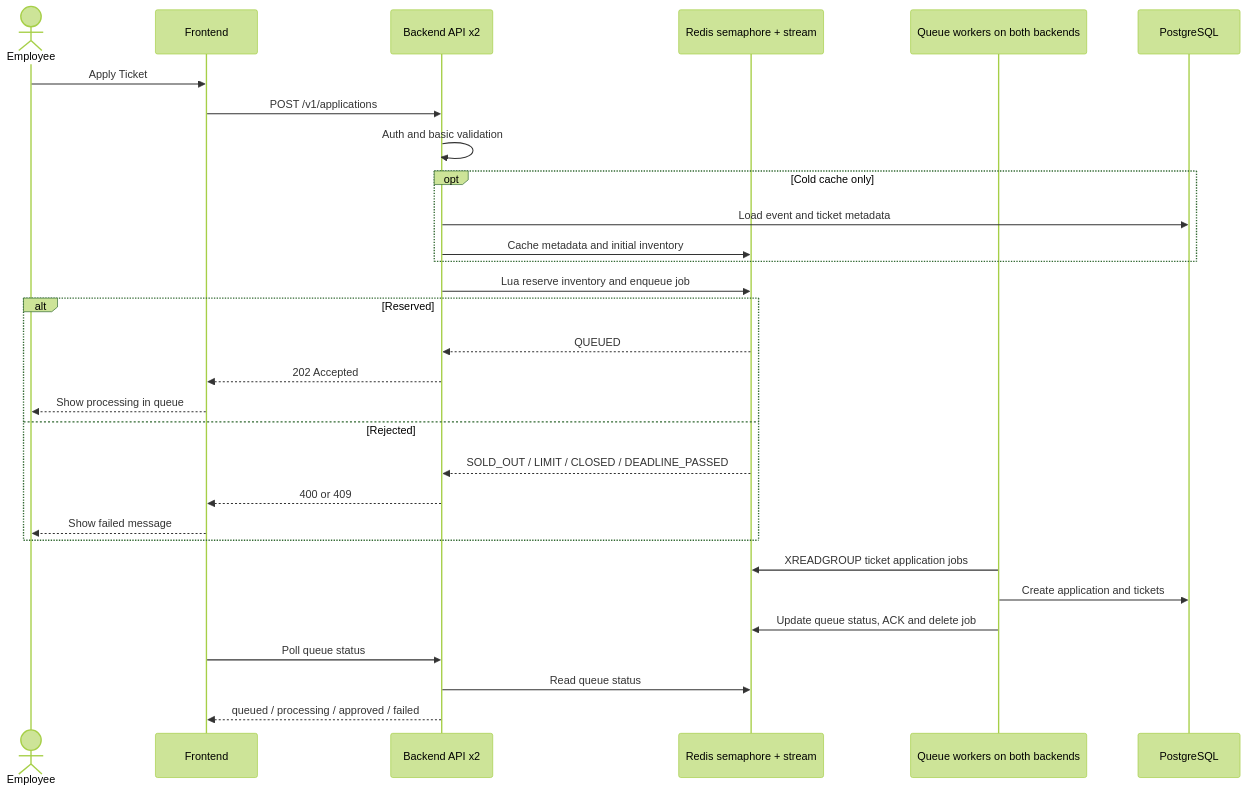
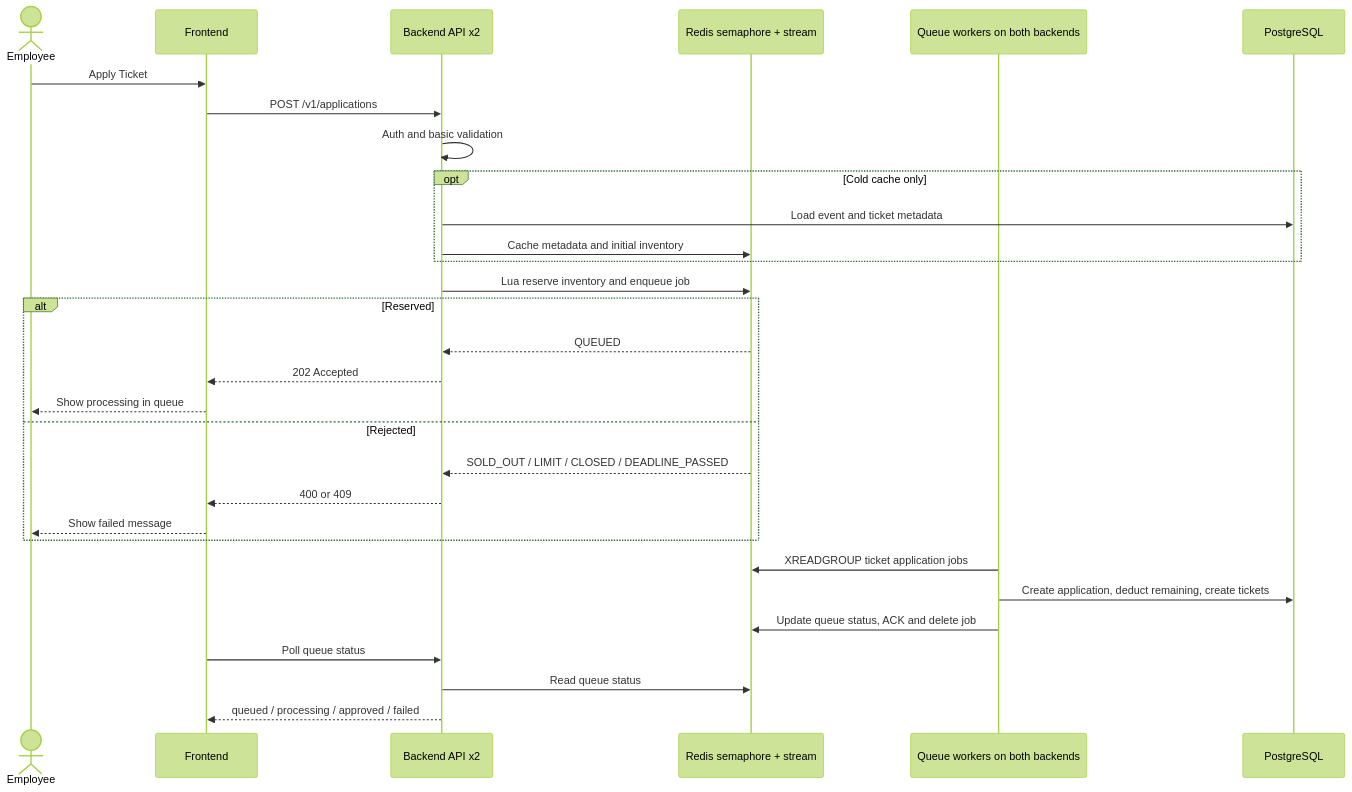
Before and after one commit to HowardHuang1225/Corporate-Event-Ticketing-System-Team13: the first of 2 diagrams in docs/redis_queue_load_test.md, drawn with Mermaid (forest theme). The commit also changed other lines of this file and 1 other file, not shown here.

````diff
--- a/docs/redis_queue_load_test.md
+++ b/docs/redis_queue_load_test.md
@@ -468,38 +468,38 @@
 ```mermaid
 sequenceDiagram
     actor Employee
     participant FE as Frontend
     participant API as Backend API x2
     participant R as Redis semaphore + stream
     participant W as Queue workers on both backends
     participant DB as PostgreSQL
 
     Employee->>FE: Apply Ticket
     FE->>API: POST /v1/applications
     API->>API: Auth and basic validation
 
     opt Cold cache only
         API->>DB: Load event and ticket metadata
         API->>R: Cache metadata and initial inventory
     end
 
     API->>R: Lua reserve inventory and enqueue job
 
     alt Reserved
         R-->>API: QUEUED
         API-->>FE: 202 Accepted
         FE-->>Employee: Show processing in queue
     else Rejected
         R-->>API: SOLD_OUT / LIMIT / CLOSED / DEADLINE_PASSED
         API-->>FE: 400 or 409
         FE-->>Employee: Show failed message
     end
 
     W->>R: XREADGROUP ticket application jobs
-    W->>DB: Create application and tickets
+    W->>DB: Create application, deduct remaining, create tickets
     W->>R: Update queue status, ACK and delete job
 
     FE->>API: Poll queue status
     API->>R: Read queue status
     API-->>FE: queued / processing / approved / failed
 ```
````
